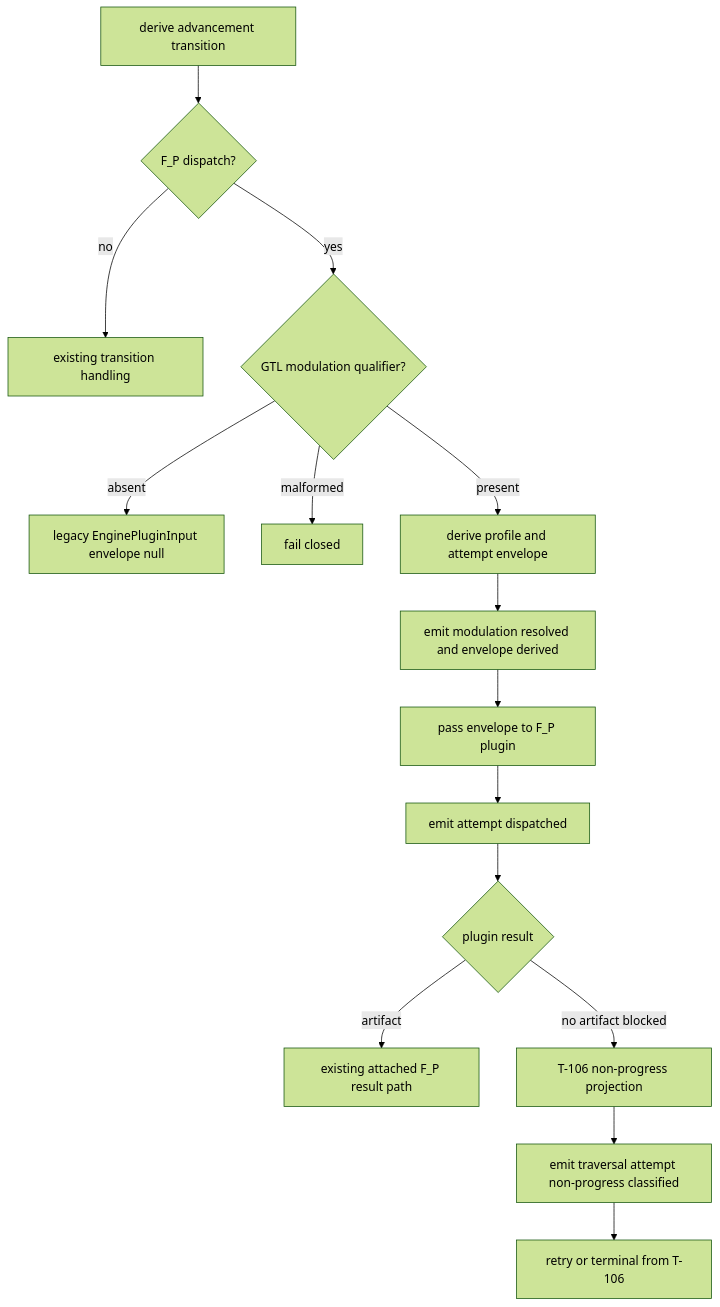
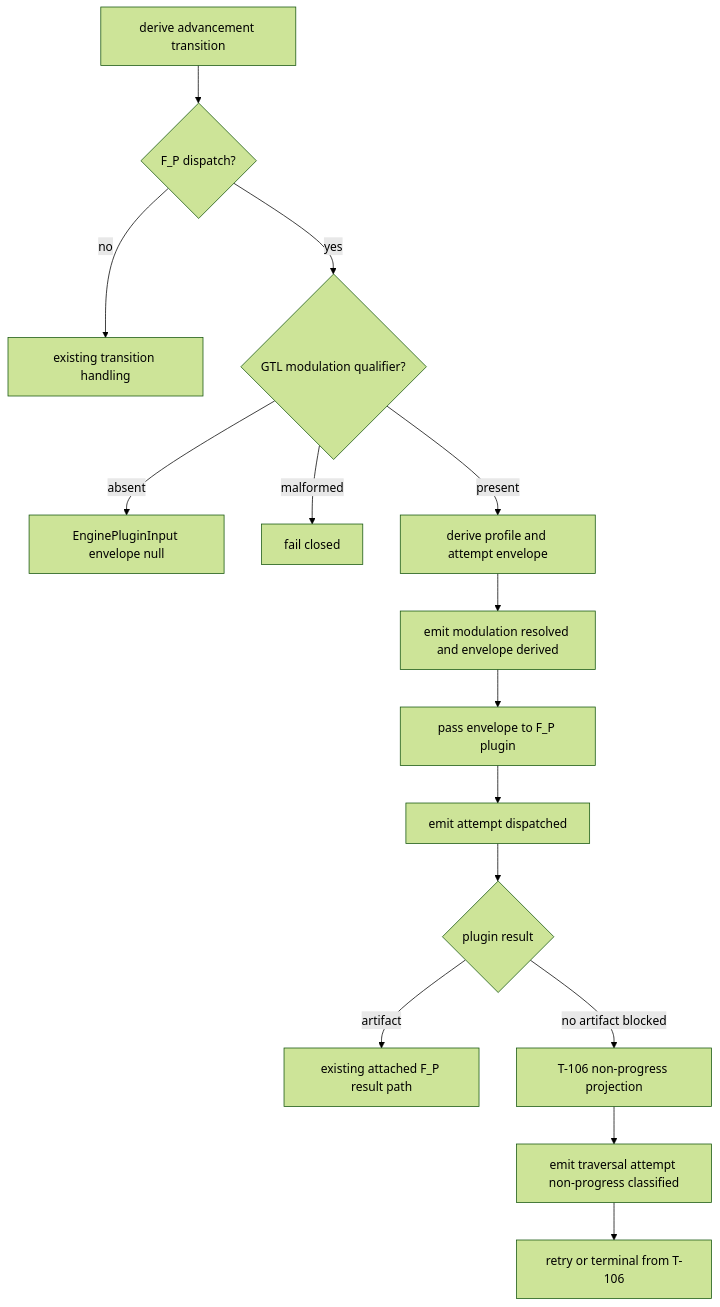
The diagram in build_tenants/abiogenesis/typescript/design/M03_TRAVERSAL_MODULATION_FIRST_SLICE_IACS.md (foolishimp/abiogenesis), drawn with Mermaid (forest theme) before and after one commit. The commit also changed other lines of this file and 61 other files, not shown here.

````diff
--- a/build_tenants/abiogenesis/typescript/design/M03_TRAVERSAL_MODULATION_FIRST_SLICE_IACS.md
+++ b/build_tenants/abiogenesis/typescript/design/M03_TRAVERSAL_MODULATION_FIRST_SLICE_IACS.md
@@ -90,17 +92,17 @@
 ```mermaid
 flowchart TD
   A[derive advancement transition] --> B{F_P dispatch?}
   B -- no --> Z[existing transition handling]
   B -- yes --> C{GTL modulation qualifier?}
-  C -- absent --> D[legacy EnginePluginInput envelope null]
+  C -- absent --> D[EnginePluginInput envelope null]
   C -- malformed --> E[fail closed]
   C -- present --> F[derive profile and attempt envelope]
   F --> G[emit modulation resolved and envelope derived]
   G --> H[pass envelope to F_P plugin]
   H --> I[emit attempt dispatched]
   I --> J{plugin result}
   J -- artifact --> K[existing attached F_P result path]
   J -- no artifact blocked --> L[T-106 non-progress projection]
   L --> M[emit traversal attempt non-progress classified]
   M --> N[retry or terminal from T-106]
 ```
````
